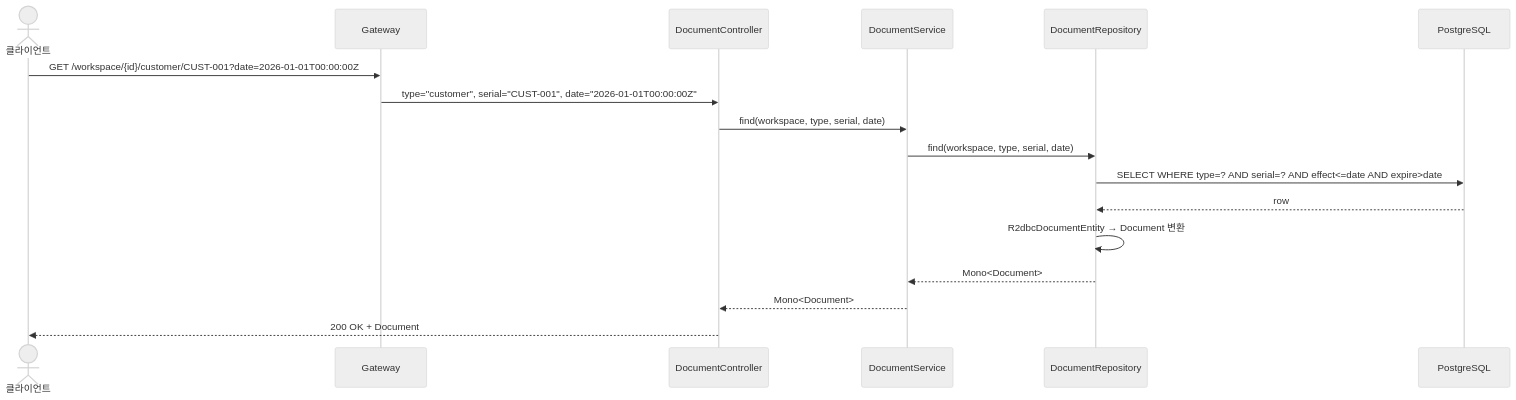
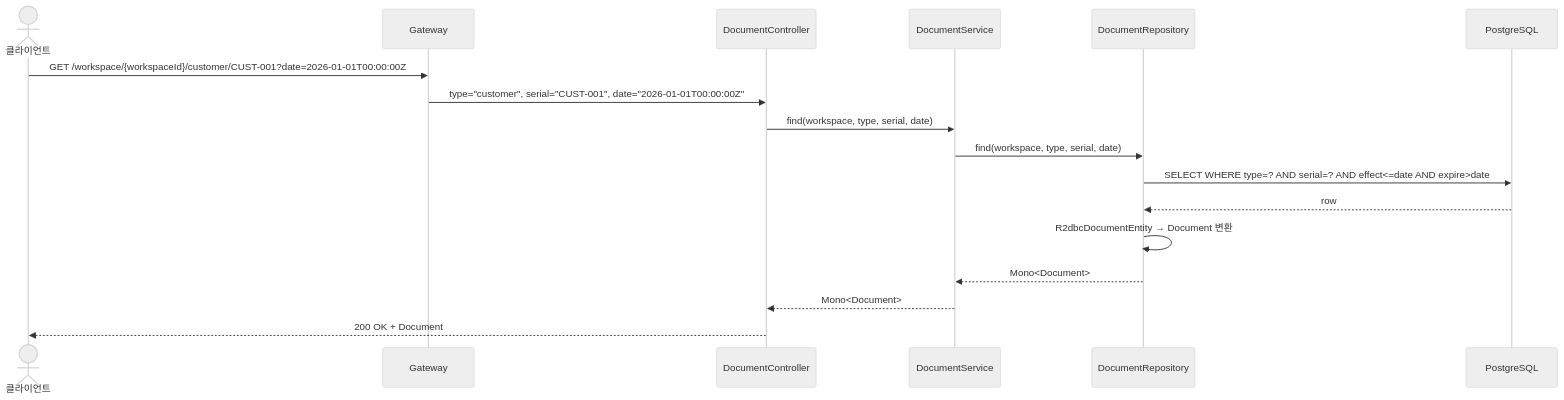
The second of 4 diagrams in search-document/USECASE.md (sayaya1090/handbook), drawn with Mermaid (neutral theme) before and after one commit. The commit also changed other lines of this file and 39 other files, not shown here.

````diff
--- a/search-document/USECASE.md
+++ b/search-document/USECASE.md
@@ -29,20 +29,20 @@
 ```mermaid
 sequenceDiagram
     actor Client as 클라이언트
     participant GW as Gateway
     participant Ctrl as DocumentController
     participant Svc as DocumentService
     participant Repo as DocumentRepository
     participant DB as PostgreSQL
 
-    Client->>GW: GET /workspace/{id}/customer/CUST-001?date=2026-01-01T00:00:00Z
+    Client->>GW: GET /workspace/{workspaceId}/customer/CUST-001?date=2026-01-01T00:00:00Z
     GW->>Ctrl: type="customer", serial="CUST-001", date="2026-01-01T00:00:00Z"
     Ctrl->>Svc: find(workspace, type, serial, date)
     Svc->>Repo: find(workspace, type, serial, date)
     Repo->>DB: SELECT WHERE type=? AND serial=? AND effect<=date AND expire>date
     DB-->>Repo: row
     Repo->>Repo: R2dbcDocumentEntity → Document 변환
     Repo-->>Svc: Mono<Document>
     Svc-->>Ctrl: Mono<Document>
     Ctrl-->>Client: 200 OK + Document
 ```
````
